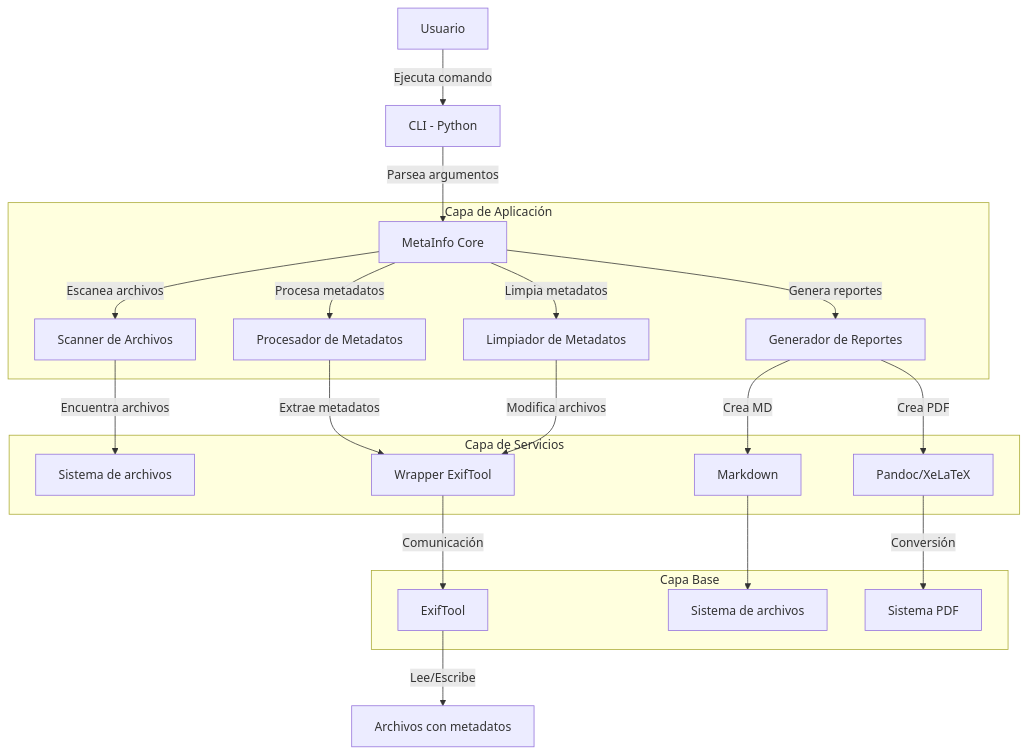
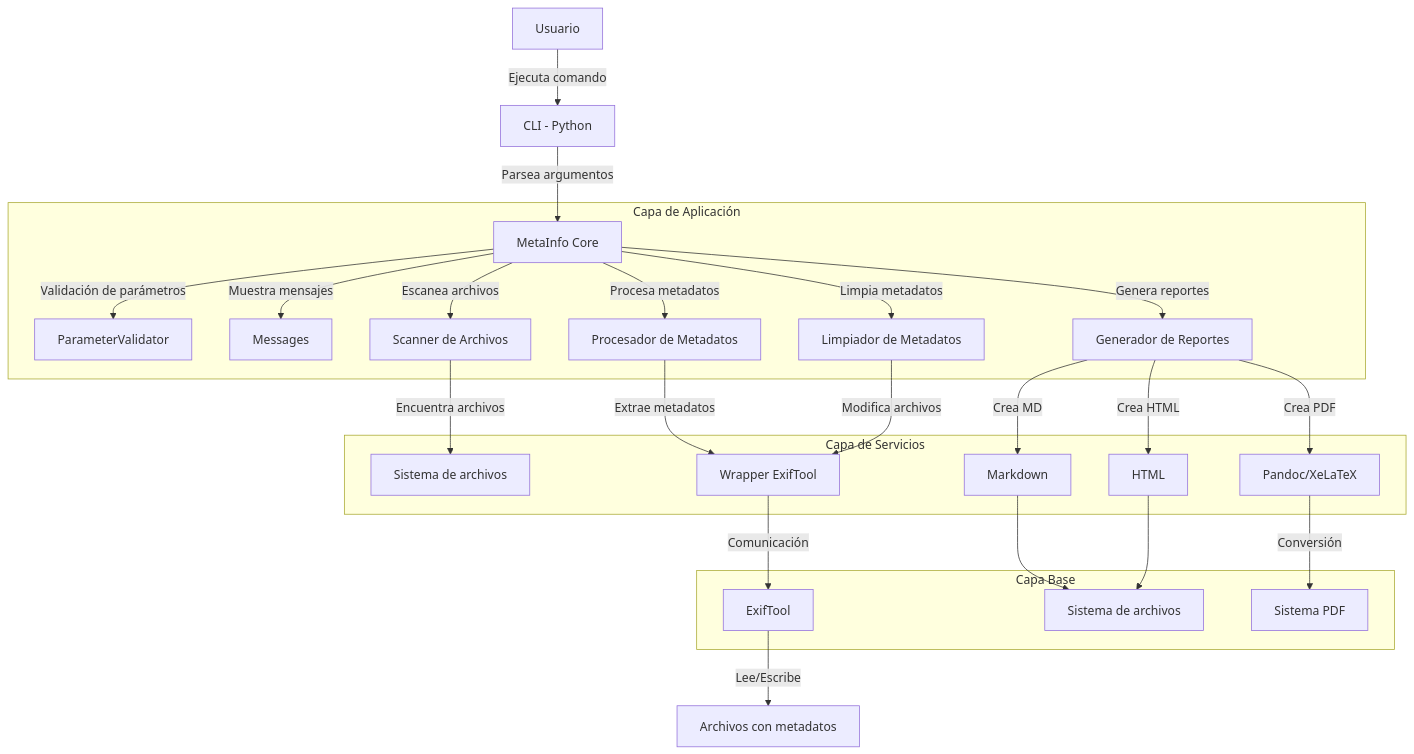
The diagram in README.md (limogin/metainfo), drawn with Mermaid before and after one commit. The commit also changed other lines of this file and 10 other files, not shown here.

Commit message:
feat: added classes Messages.py and ParameterValidator.py

````diff
--- a/README.md
+++ b/README.md
@@ -28,30 +29,32 @@
 ```mermaid
 graph TD
     A[Usuario] -->|Ejecuta comando| B[CLI - Python]
     B -->|Parsea argumentos| C[MetaInfo Core]
     
     subgraph "Capa de Aplicación"
+    C -->|Validación de parámetros| P[ParameterValidator]
+    C -->|Muestra mensajes| Q[Messages]
     C -->|Escanea archivos| D[Scanner de Archivos]
     C -->|Procesa metadatos| E[Procesador de Metadatos]
     C -->|Genera reportes| F[Generador de Reportes]
     C -->|Limpia metadatos| G[Limpiador de Metadatos]
     end
     
     subgraph "Capa de Servicios"
     D -->|Encuentra archivos| H[Sistema de archivos]
     E -->|Extrae metadatos| I[Wrapper ExifTool]
     F -->|Crea MD| J[Markdown]
+    F -->|Crea HTML| R[HTML]
     F -->|Crea PDF| K[Pandoc/XeLaTeX]
     G -->|Modifica archivos| I
     end
     
     subgraph "Capa Base"
     I -->|Comunicación| L[ExifTool]
     J --> M[Sistema de archivos]
+    R --> M
     K -->|Conversión| N[Sistema PDF]
     end
     
     L -->|Lee/Escribe| O[Archivos con metadatos]
-   
-
 ```
````
